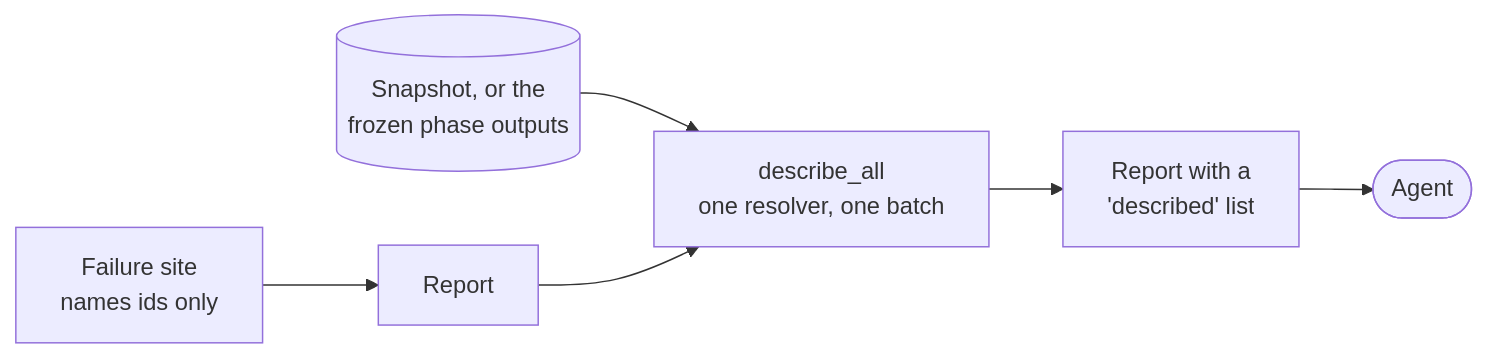
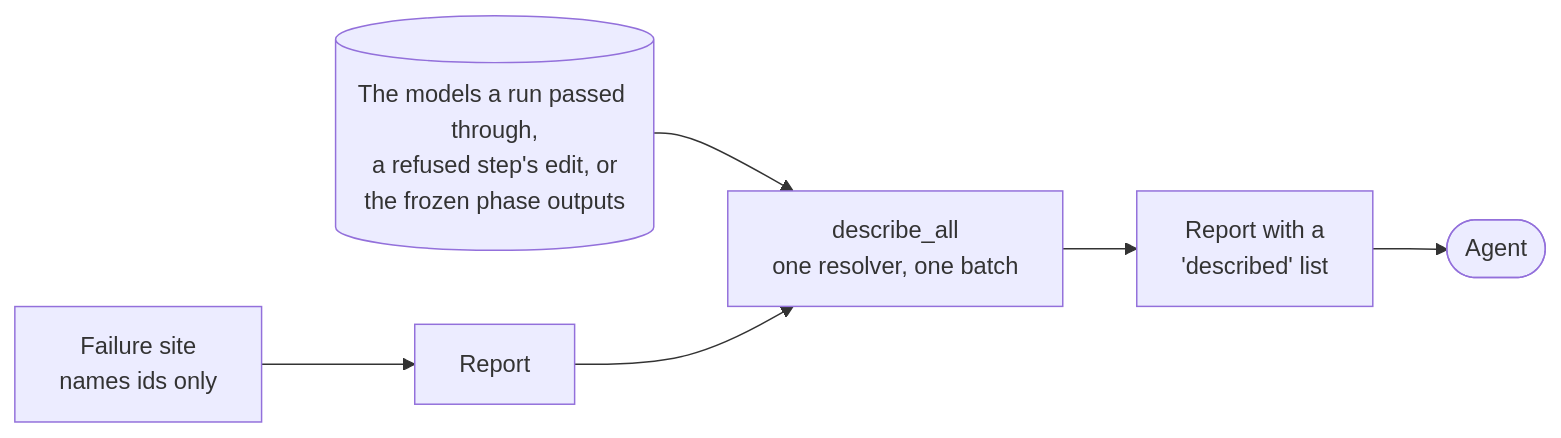
Before and after one commit to Dzoay/occam: the diagram in docs/architecture/reports.md, drawn with Mermaid. The commit also changed other lines of this file and 21 other files, not shown here.

````diff
--- a/docs/architecture/reports.md
+++ b/docs/architecture/reports.md
@@ -10,8 +10,8 @@
 ```mermaid
 flowchart LR
   site["Failure site<br/>names ids only"] --> rep["Report"]
-  snap[("Snapshot, or the<br/>frozen phase outputs")] --> res
+  snap[("The models a run passed through,<br/>a refused step's edit, or<br/>the frozen phase outputs")] --> res
   rep --> res["describe_all<br/>one resolver, one batch"]
   res --> out["Report with a<br/>'described' list"]
   out --> agent(["Agent"])
 ```
````
